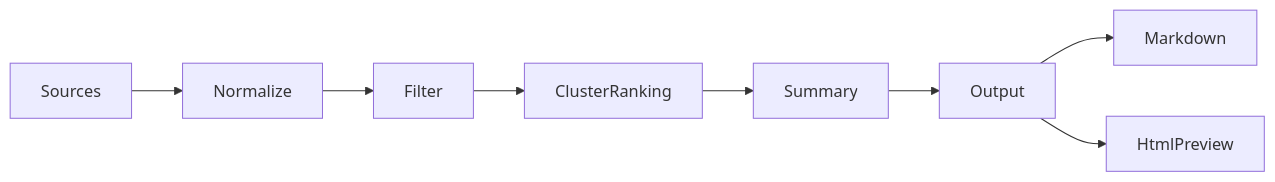
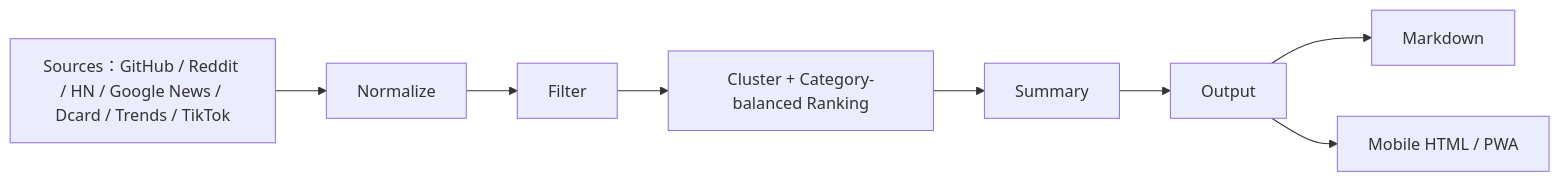
Before and after one commit to dat5512999-bit/daily-intelligence-hub: the diagram in docs/ARCHITECTURE.md, drawn with Mermaid. The commit also changed other lines of this file and 14 other files, not shown here.

````diff
--- a/docs/ARCHITECTURE.md
+++ b/docs/ARCHITECTURE.md
@@ -3,6 +3,10 @@
 ```mermaid
 flowchart LR
-  Sources --> Normalize --> Filter --> ClusterRanking --> Summary --> Output
+  Sources["Sources：GitHub / Reddit / HN / Google News / Dcard / Trends / TikTok"] --> Normalize
+  Normalize --> Filter
+  Filter --> ClusterRanking["Cluster + Category-balanced Ranking"]
+  ClusterRanking --> Summary
+  Summary --> Output
   Output --> Markdown
-  Output --> HtmlPreview
+  Output --> HtmlPreview["Mobile HTML / PWA"]
 ```
````
